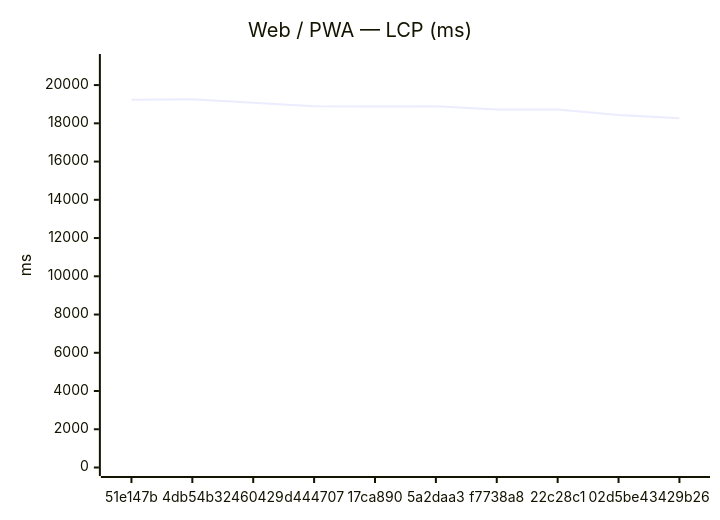
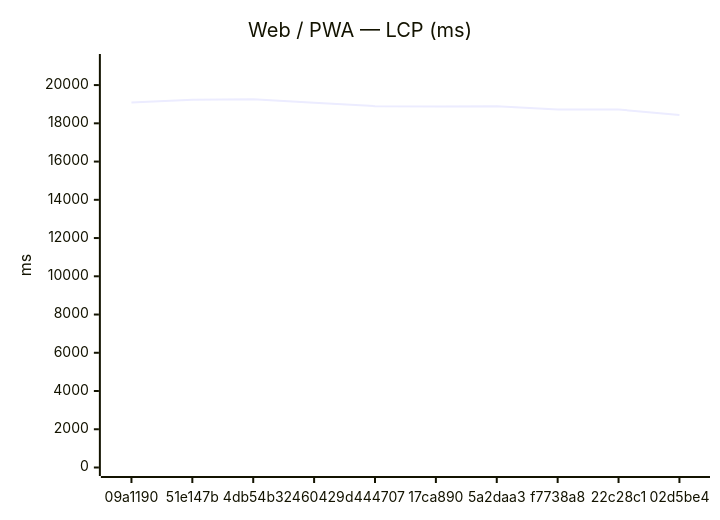
Before and after one commit to Metaheurist/Rianell: the first of 18 diagrams in benchmarks/compare.md, drawn with Mermaid. The commit also changed other lines of this file and 11 other files, not shown here.

````diff
--- a/benchmarks/compare.md
+++ b/benchmarks/compare.md
@@ -24,7 +24,7 @@
 ```mermaid
 xychart-beta
     title "Web / PWA — LCP (ms)"
-    x-axis ["51e147b", "4db54b3", "2460429", "d444707", "17ca890", "5a2daa3", "f7738a8", "22c28c1", "02d5be4", "3429b26"]
+    x-axis ["09a1190", "51e147b", "4db54b3", "2460429", "d444707", "17ca890", "5a2daa3", "f7738a8", "22c28c1", "02d5be4"]
     y-axis "ms" 0 --> 21181
-    line [19227, 19255, 19076, 18898, 18874, 18888, 18728, 18722, 18436, 18270]
+    line [19090, 19227, 19255, 19076, 18898, 18874, 18888, 18728, 18722, 18436]
 ```
````
